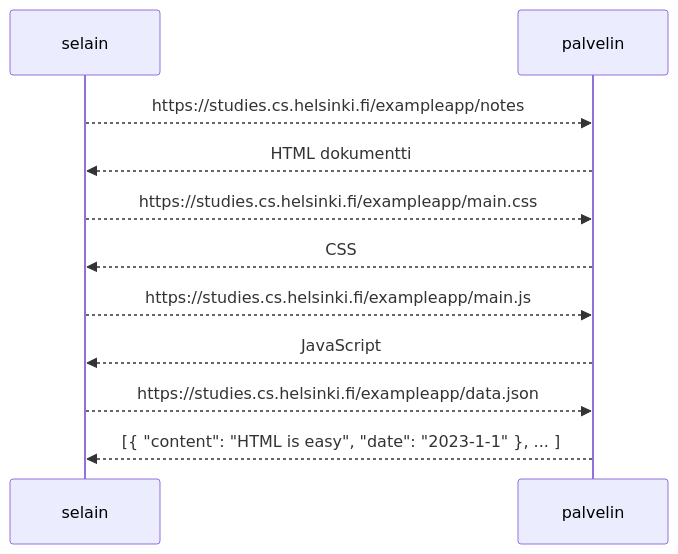
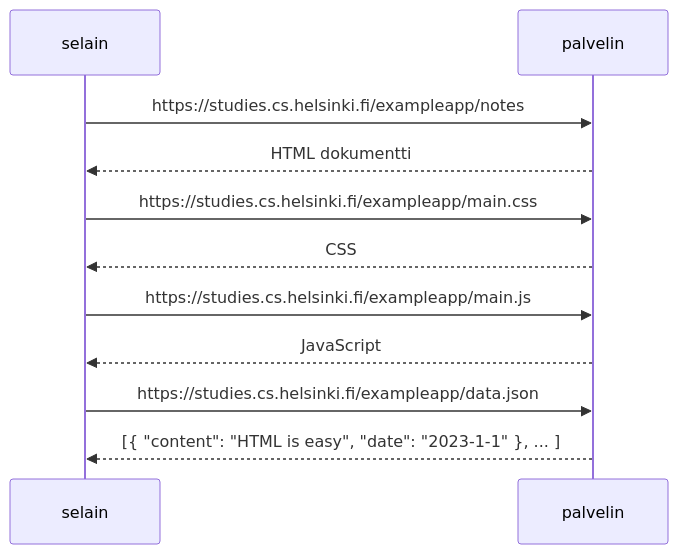
Before and after one commit to MiroIhalainen/Web-sovellusten-toimintaperiaatteet: the diagram in 04.md, drawn with Mermaid.

````diff
--- a/04.md
+++ b/04.md
@@ -2,17 +2,17 @@
 ```mermaid
 sequenceDiagram
     participant selain
     participant palvelin
 
-    selain-->>palvelin: https://studies.cs.helsinki.fi/exampleapp/notes
+    selain->>palvelin: https://studies.cs.helsinki.fi/exampleapp/notes
     palvelin-->>selain: HTML dokumentti
 
-    selain-->>palvelin: https://studies.cs.helsinki.fi/exampleapp/main.css
+    selain->>palvelin: https://studies.cs.helsinki.fi/exampleapp/main.css
     palvelin-->>selain: CSS
 
-    selain-->>palvelin: https://studies.cs.helsinki.fi/exampleapp/main.js
+    selain->>palvelin: https://studies.cs.helsinki.fi/exampleapp/main.js
      palvelin-->>selain: JavaScript
 
-    selain-->>palvelin: https://studies.cs.helsinki.fi/exampleapp/data.json
+    selain->>palvelin: https://studies.cs.helsinki.fi/exampleapp/data.json
     palvelin-->>selain: [{ "content": "HTML is easy", "date": "2023-1-1" }, ... ]
 ```
````
